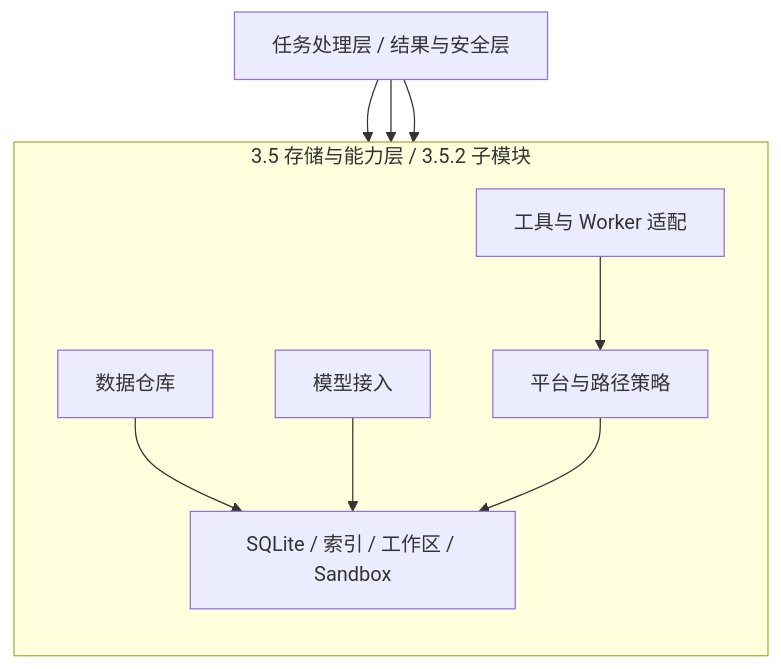
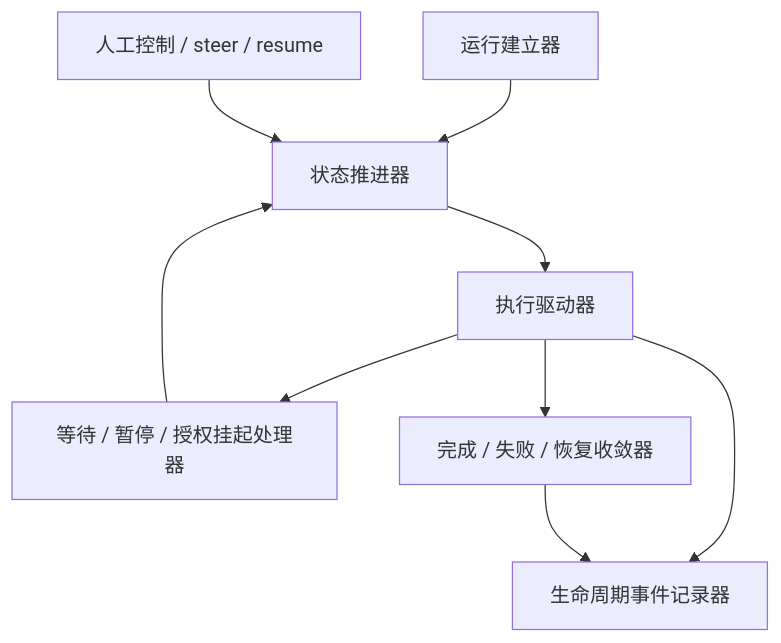
Before and after one commit to Blackcloudss/CialloClaw: the tenth of 20 diagrams in docs/architecture-overview.md, drawn with Mermaid. The commit also changed other lines of this file, not shown here.

Commit message:
Update architecture design document

````diff
--- a/docs/architecture-overview.md
+++ b/docs/architecture-overview.md
@@ -559,21 +623,18 @@
 ```mermaid
 flowchart TB
-    PREV[任务处理层 / 结果与安全层]
+    R1[运行建立器]
+    R2[状态推进器]
+    R3[执行驱动器]
+    R4[生命周期事件记录器]
+    R5[等待 / 暂停 / 授权挂起处理器]
+    R6[完成 / 失败 / 恢复收敛器]
+    R7[人工控制 / steer / resume]
 
-    subgraph SupportLayer[3.5 存储与能力层 / 3.5.2 子模块]
-        direction TB
-        D1[数据仓库]
-        D2[模型接入]
-        D3[工具与 Worker 适配]
-        D4[平台与路径策略]
-        D5[SQLite / 索引 / 工作区 / Sandbox]
-    end
-
-    PREV --> D1
-    PREV --> D2
-    PREV --> D3
-    D3 --> D4
-    D1 --> D5
-    D2 --> D5
-    D4 --> D5
+    R1 --> R2 --> R3
+    R3 --> R4
+    R3 --> R5
+    R3 --> R6
+    R7 --> R2
+    R5 --> R2
+    R6 --> R4
 ```
````
